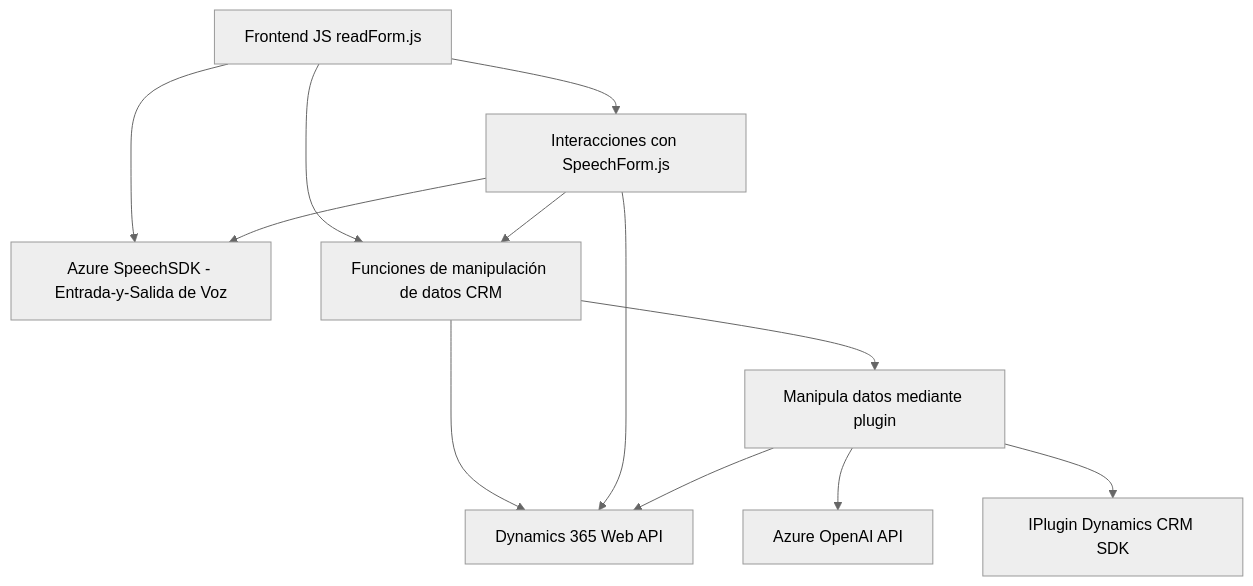
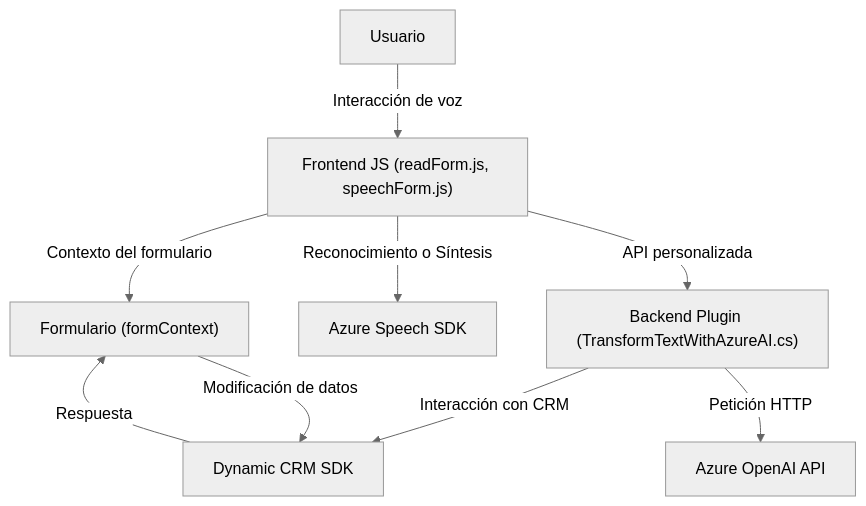
Before and after one commit to blopezdm/NETCORE_BILBAO2025: the diagram in README.md, drawn with Mermaid (neutral theme). The commit also changed other lines of this file, not shown here.

Commit message:
Actualizar análisis global de la solución con IA

````diff
--- a/README.md
+++ b/README.md
@@ -34,17 +50,19 @@
 ```mermaid
 graph TD
-    A["Frontend JS readForm.js"] --> B["Azure SpeechSDK - Entrada-y-Salida de Voz"]
-    A --> C["Funciones de manipulación de datos CRM"]
-    C --> D["Dynamics 365 Web API"]
+    A["Frontend JS (readForm.js, speechForm.js)"]
+    B["Backend Plugin (TransformTextWithAzureAI.cs)"]
+    C["Azure Speech SDK"]
+    D["Azure OpenAI API"]
+    E["Dynamic CRM SDK"]
+    F["Formulario (formContext)"]
+    G["Usuario"]
 
-    E["Frontend JS SpeechForm.js"] --> B
-    E --> C
-    E --> D
-
-    F["Plugin TransformTextWithAzureAI.cs"] --> D
-    F --> G["Azure OpenAI API"]
-    F --> H["IPlugin Dynamics CRM SDK"]
-
-    A --> E["Interacciones con SpeechForm.js"]
-    C --> F["Manipula datos mediante plugin"]
+    G -->|Interacción de voz| A
+    A -->|Contexto del formulario| F
+    A -->|Reconocimiento o Síntesis| C
+    A -->|API personalizada| B
+    B -->|Petición HTTP| D
+    B -->|Interacción con CRM| E
+    F -->|Modificación de datos| E
+    E -->|Respuesta| F
 ```
````
